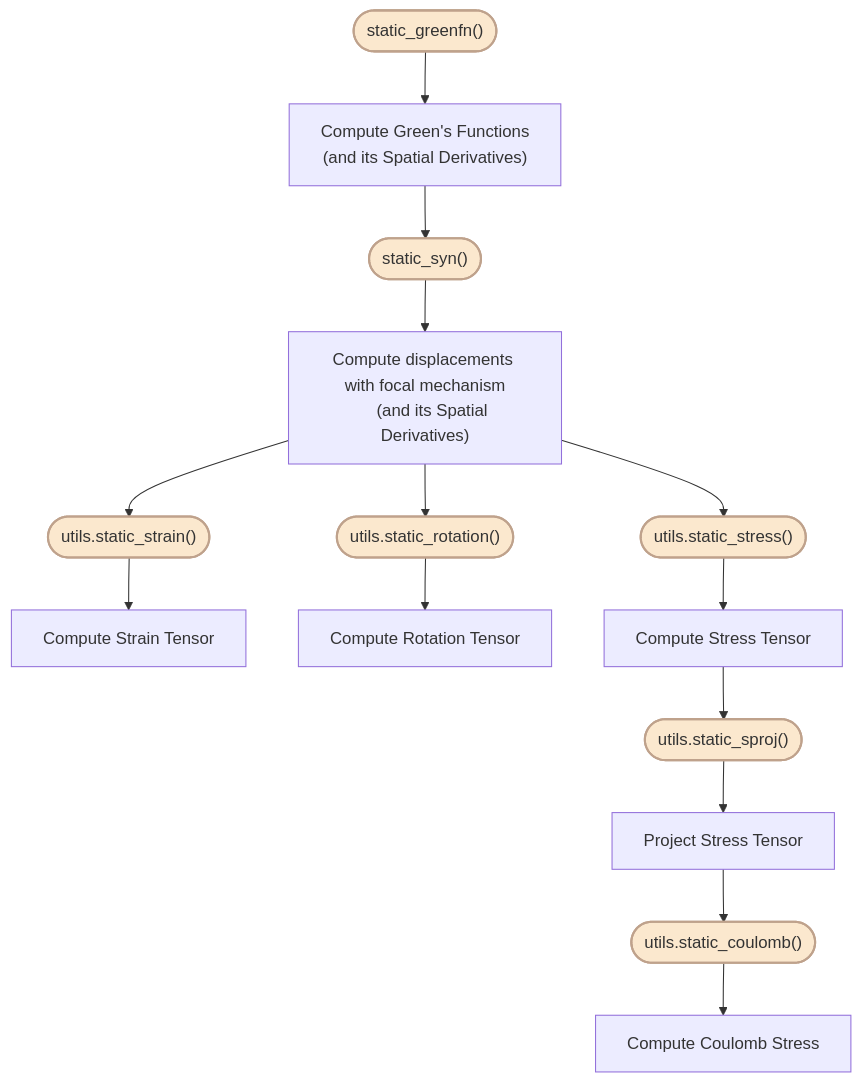
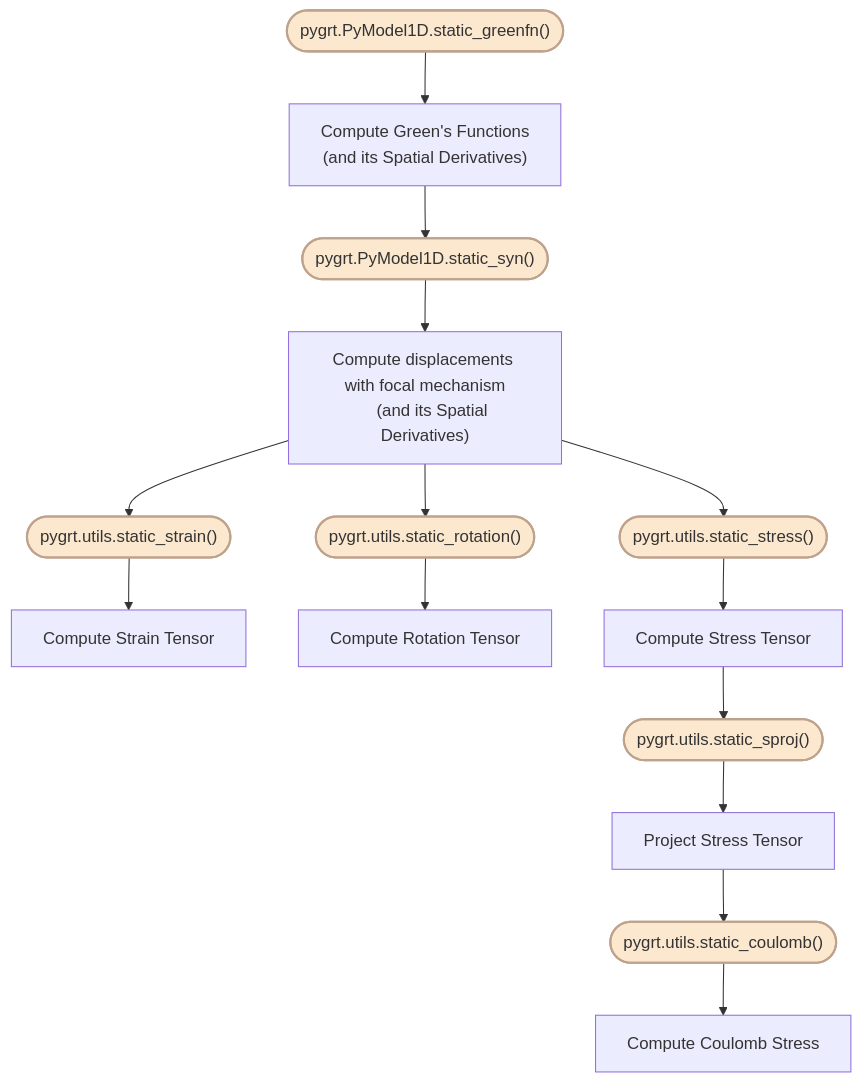
The first of 2 diagrams in docs/source/Tutorial/static/index.rst (Dengda98/PyGRT), drawn with Mermaid before and after one commit. The commit also changed 1 other file, not shown here.

Commit message:
update mermaid in Tutorial/index

```diff
--- a/docs/source/Tutorial/static/index.rst
+++ b/docs/source/Tutorial/static/index.rst
@@ -11,32 +11,32 @@
 .. mermaid::
 
     flowchart TB 
 
-        GG(["static_greenfn()"])
-        SS(["static_syn()"])
-        EE(["utils.static_strain()"])
-        RR(["utils.static_rotation()"])
-        TT(["utils.static_stress()"])
-        SP(["utils.static_sproj()"])
-        CO(["utils.static_coulomb()"])
+        GG(["pygrt.PyModel1D.static_greenfn()"])
+        SS(["pygrt.PyModel1D.static_syn()"])
+        EE(["pygrt.utils.static_strain()"])
+        RR(["pygrt.utils.static_rotation()"])
+        TT(["pygrt.utils.static_stress()"])
+        SP(["pygrt.utils.static_sproj()"])
+        CO(["pygrt.utils.static_coulomb()"])
 
         G["Compute Green's Functions
         (and its Spatial Derivatives)"]
         S["Compute displacements with focal mechanism
         (and its Spatial Derivatives)"]
         E["Compute Strain Tensor"]
         R["Compute Rotation Tensor"]
         T["Compute Stress Tensor"]
         P["Project Stress Tensor"]
         C["Compute Coulomb Stress"]
 
         GG --> G
         G --> SS --> S
         S --> EE --> E
         S --> RR --> R
         S --> TT --> T
         T --> SP --> P
         P --> CO --> C
         
         classDef cmdcls fill:#FBE8CE,stroke:#BFA28C,stroke-width:2px,color:#333;
         class GG,SS,EE,RR,TT,SP,CO cmdcls
```
